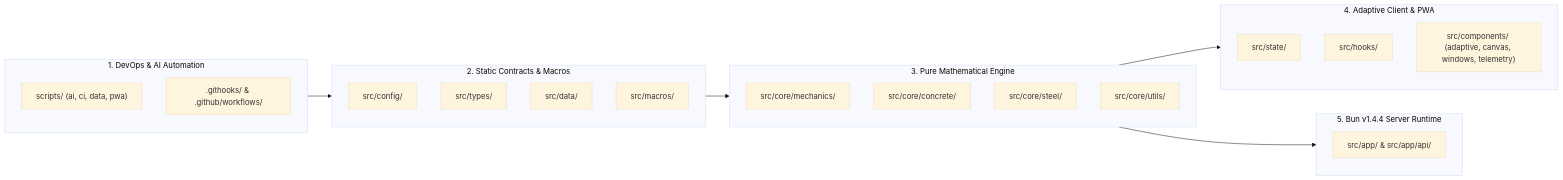
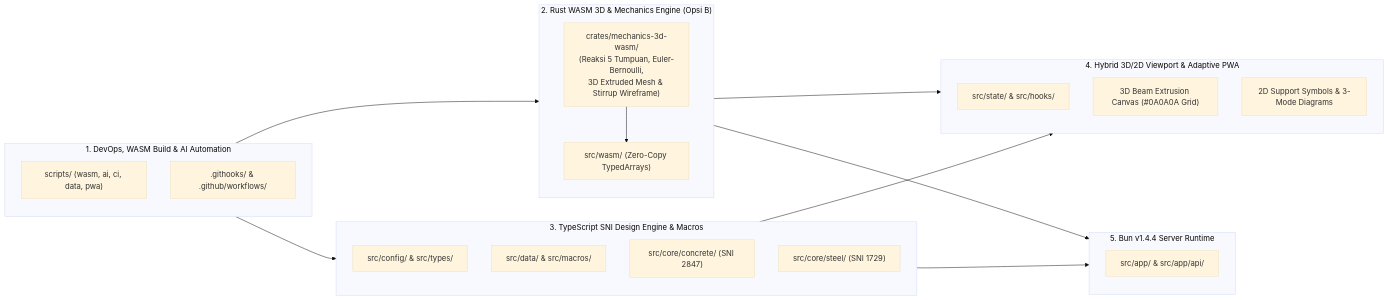
One commit to Rilaptra/erzysh-IBDS changed the first of 3 diagrams in mdfiles/bun_v1_4_4_architecture_and_context.md. Above: the diagram before and after it, drawn with Mermaid (base theme). The commit also changed other lines of this file and 19 other files, not shown here.

````diff
--- a/mdfiles/bun_v1_4_4_architecture_and_context.md
+++ b/mdfiles/bun_v1_4_4_architecture_and_context.md
@@ -40,36 +39,34 @@
 ```mermaid
 flowchart LR
-    subgraph DEVOPS["1. DevOps & AI Automation"]
-        SCRIPTS["scripts/ (ai, ci, data, pwa)"]
+    subgraph DEVOPS["1. DevOps, WASM Build & AI Automation"]
+        SCRIPTS["scripts/ (wasm, ai, ci, data, pwa)"]
         HOOKS[".githooks/ & .github/workflows/"]
     end
 
-    subgraph CONTRACT["2. Static Contracts & Macros"]
-        CFG["src/config/"]
-        TYPES["src/types/"]
-        DATA["src/data/"]
-        MACROS["src/macros/"]
+    subgraph RUST_WASM["2. Rust WASM 3D & Mechanics Engine (Opsi B)"]
+        CRATE["crates/mechanics-3d-wasm/<br/>(Reaksi 5 Tumpuan, Euler-Bernoulli,<br/>3D Extruded Mesh & Stirrup Wireframe)"]
+        WASM_PKG["src/wasm/ (Zero-Copy TypedArrays)"]
+        CRATE --> WASM_PKG
     end
 
-    subgraph ENGINE["3. Pure Mathematical Engine"]
-        MECH["src/core/mechanics/"]
-        RC["src/core/concrete/"]
-        STEEL["src/core/steel/"]
-        UTIL["src/core/utils/"]
+    subgraph TS_ENGINE["3. TypeScript SNI Design Engine & Macros"]
+        CFG["src/config/ & src/types/"]
+        DATA["src/data/ & src/macros/"]
+        RC["src/core/concrete/ (SNI 2847)"]
+        STEEL["src/core/steel/ (SNI 1729)"]
     end
 
-    subgraph UI_ADAPTIVE["4. Adaptive Client & PWA"]
-        STATE["src/state/"]
-        HOOK_UI["src/hooks/"]
-        COMP["src/components/ (adaptive, canvas, windows, telemetry)"]
+    subgraph UI_ADAPTIVE["4. Hybrid 3D/2D Viewport & Adaptive PWA"]
+        STATE["src/state/ & src/hooks/"]
+        VIEW3D["3D Beam Extrusion Canvas (#0A0A0A Grid)"]
+        OVER2D["2D Support Symbols & 3-Mode Diagrams"]
     end
 
     subgraph SERVER["5. Bun v1.4.4 Server Runtime"]
         APP["src/app/ & src/app/api/"]
     end
 
-    DEVOPS --> CONTRACT
-    CONTRACT --> ENGINE
-    ENGINE --> UI_ADAPTIVE
-    ENGINE --> SERVER
+    DEVOPS --> RUST_WASM & TS_ENGINE
+    RUST_WASM --> UI_ADAPTIVE & SERVER
+    TS_ENGINE --> UI_ADAPTIVE & SERVER
 ```
````
